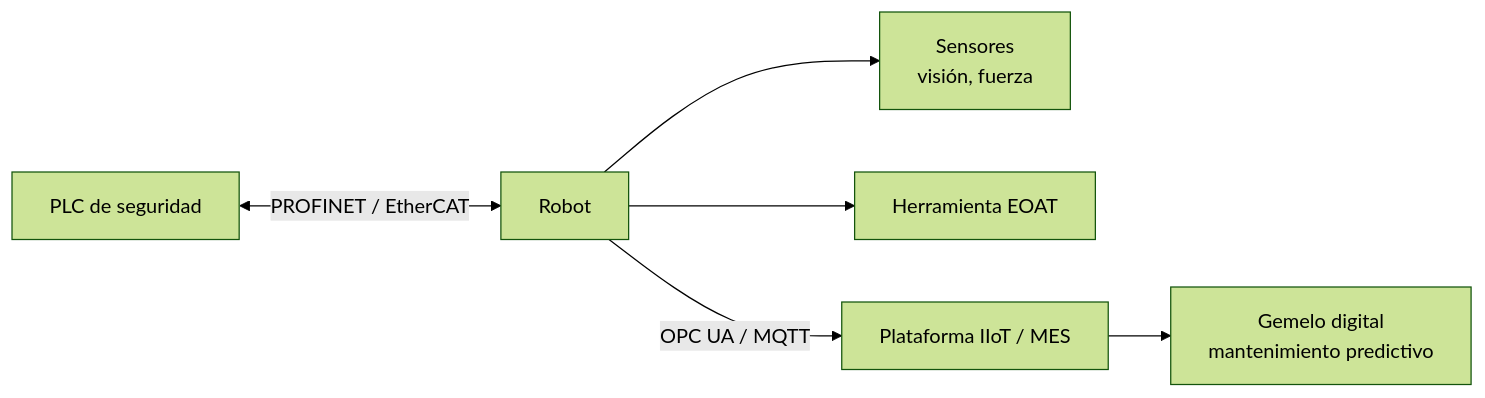
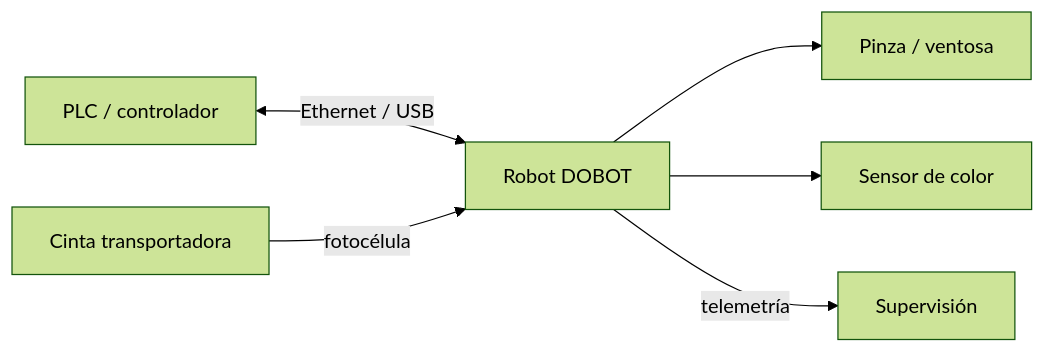
Before and after one commit to jmperez-profesor/mia: the third of 3 diagrams in docs/bloques/B04_RA4/apuntes.md, drawn with Mermaid (forest theme). The commit also changed other lines of this file and 17 other files, not shown here.

````diff
--- a/docs/bloques/B04_RA4/apuntes.md
+++ b/docs/bloques/B04_RA4/apuntes.md
@@ -288,8 +126,8 @@
 ```mermaid
 flowchart LR
-    PLC[PLC de seguridad] <-->|PROFINET / EtherCAT| R[Robot]
-    R --> S[Sensores<br/>visión, fuerza]
-    R --> H[Herramienta EOAT]
-    R -->|OPC UA / MQTT| IIOT[Plataforma IIoT / MES]
-    IIOT --> DT[Gemelo digital<br/>mantenimiento predictivo]
+    PLC[PLC / controlador] <-->|Ethernet / USB| R[Robot DOBOT]
+    C[Cinta transportadora] -->|fotocélula| R
+    R --> EF[Pinza / ventosa]
+    R --> SC[Sensor de color]
+    R -->|telemetría| MES[Supervisión]
 ```
````
